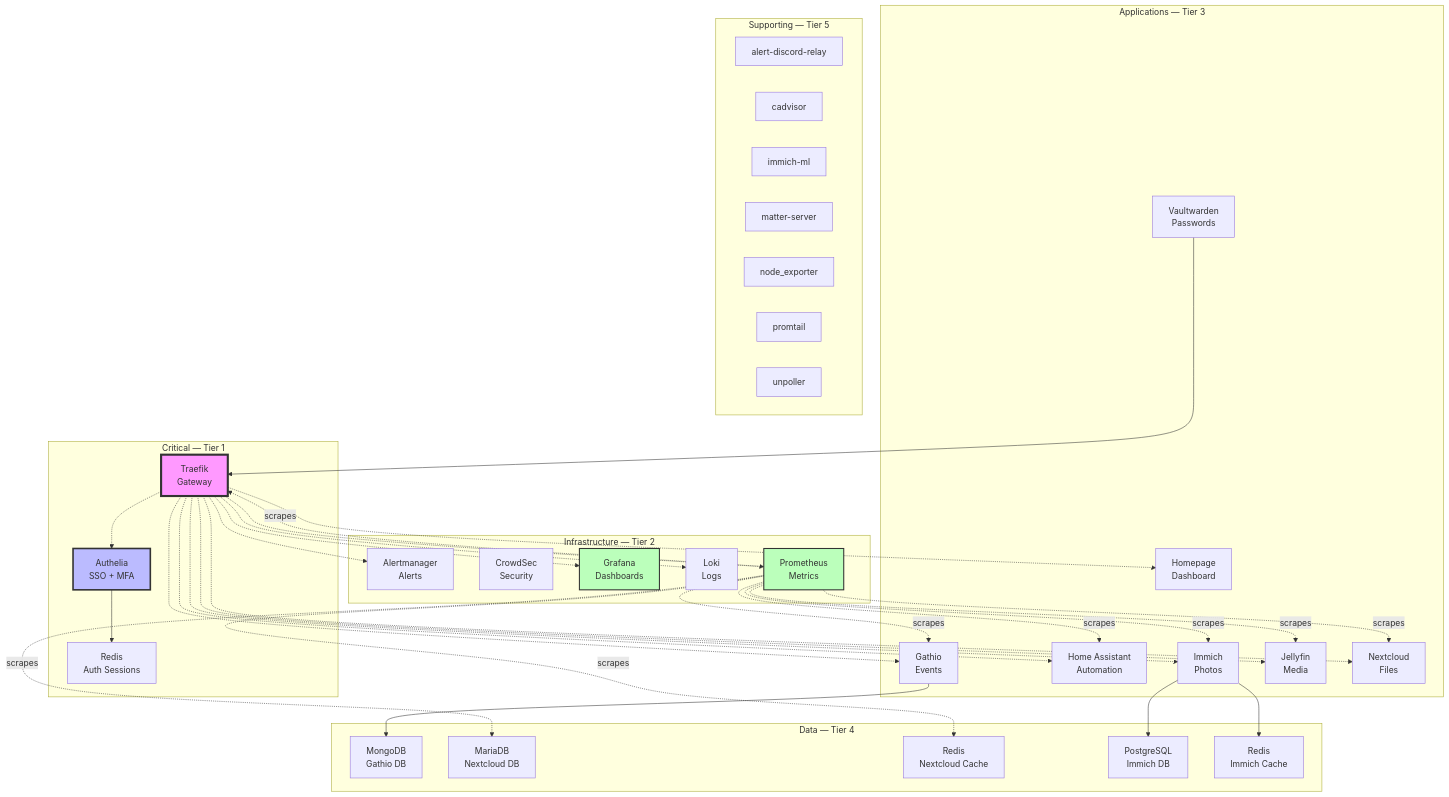
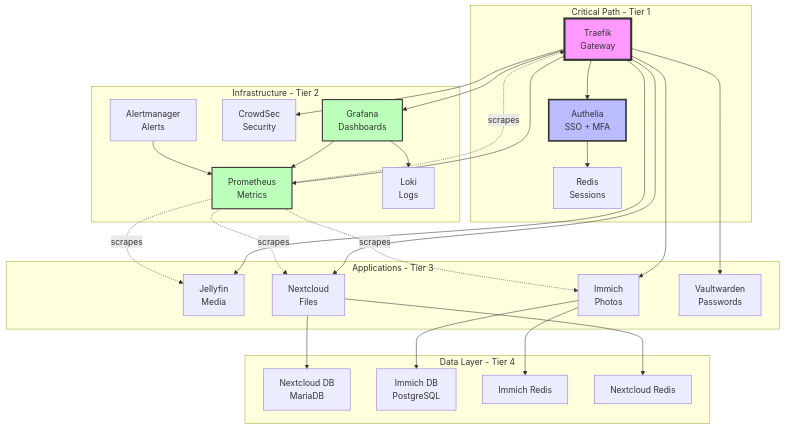
One commit to vonrobak/fedora-homelab-containers changed the diagram in docs/AUTO-DEPENDENCY-GRAPH.md. Above: the diagram before and after it, drawn with Mermaid. The commit also changed other lines of this file and 4 other files, not shown here.

First line of the commit message:
docs: community tool-sharing platform architecture evaluation (#93)

````diff
--- a/docs/AUTO-DEPENDENCY-GRAPH.md
+++ b/docs/AUTO-DEPENDENCY-GRAPH.md
@@ -12,80 +14,66 @@
 ```mermaid
 graph TB
-    subgraph Critical[Critical — Tier 1]
+    subgraph Critical[Critical Path - Tier 1]
+        traefik[Traefik<br/>Gateway]
         authelia[Authelia<br/>SSO + MFA]
-        redis_authelia[Redis<br/>Auth Sessions]
-        traefik[Traefik<br/>Gateway]
+        redis_authelia[Redis<br/>Sessions]
     end
 
-    subgraph Infrastructure[Infrastructure — Tier 2]
-        alertmanager[Alertmanager<br/>Alerts]
-        crowdsec[CrowdSec<br/>Security]
+    subgraph Infrastructure[Infrastructure - Tier 2]
+        prometheus[Prometheus<br/>Metrics]
         grafana[Grafana<br/>Dashboards]
         loki[Loki<br/>Logs]
-        prometheus[Prometheus<br/>Metrics]
+        crowdsec[CrowdSec<br/>Security]
+        alertmanager[Alertmanager<br/>Alerts]
     end
 
-    subgraph Applications[Applications — Tier 3]
-        gathio[Gathio<br/>Events]
-        home_assistant[Home Assistant<br/>Automation]
-        homepage[Homepage<br/>Dashboard]
-        immich_server[Immich<br/>Photos]
+    subgraph Applications[Applications - Tier 3]
         jellyfin[Jellyfin<br/>Media]
+        immich[Immich<br/>Photos]
         nextcloud[Nextcloud<br/>Files]
         vaultwarden[Vaultwarden<br/>Passwords]
     end
 
-    subgraph Data[Data — Tier 4]
-        gathio_db[MongoDB<br/>Gathio DB]
-        nextcloud_db[MariaDB<br/>Nextcloud DB]
-        nextcloud_redis[Redis<br/>Nextcloud Cache]
-        postgresql_immich[PostgreSQL<br/>Immich DB]
-        redis_immich[Redis<br/>Immich Cache]
+    subgraph Data[Data Layer - Tier 4]
+        nextcloud_db[Nextcloud DB<br/>MariaDB]
+        immich_db[Immich DB<br/>PostgreSQL]
+        immich_redis[Immich Redis]
+        nextcloud_redis[Nextcloud Redis]
     end
 
-    subgraph Supporting[Supporting — Tier 5]
-        alert_discord_relay[alert-discord-relay]
-        cadvisor[cadvisor]
-        immich_ml[immich-ml]
-        matter_server[matter-server]
-        node_exporter[node_exporter]
-        promtail[promtail]
-        unpoller[unpoller]
-    end
+    %% Critical path dependencies
+    traefik --> crowdsec
+    traefik --> authelia
+    authelia --> redis_authelia
 
-    %% Hard dependencies (from Requires= directives)
-    authelia --> redis_authelia
-    gathio --> gathio_db
-    immich_server --> postgresql_immich
-    immich_server --> redis_immich
-    vaultwarden --> traefik
+    %% Application → Gateway dependencies
+    traefik --> jellyfin
+    traefik --> immich
+    traefik --> nextcloud
+    traefik --> vaultwarden
+    traefik --> prometheus
+    traefik --> grafana
 
-    %% Routing dependencies (services in reverse_proxy depend on Traefik)
-    traefik -.-> alertmanager
-    traefik -.-> authelia
-    traefik -.-> gathio
-    traefik -.-> grafana
-    traefik -.-> home_assistant
-    traefik -.-> homepage
-    traefik -.-> immich_server
-    traefik -.-> jellyfin
-    traefik -.-> loki
-    traefik -.-> nextcloud
-    traefik -.-> prometheus
+    %% Application → Data dependencies
+    nextcloud --> nextcloud_db
+    nextcloud --> nextcloud_redis
+    immich --> immich_db
+    immich --> immich_redis
 
-    %% Monitoring (Prometheus scrapes via monitoring network)
-    prometheus -.->|scrapes| gathio
-    prometheus -.->|scrapes| home_assistant
-    prometheus -.->|scrapes| immich_server
+    %% Monitoring dependencies
+    grafana --> prometheus
+    grafana --> loki
+    alertmanager --> prometheus
+
+    %% Prometheus scrapes (dotted = soft dependency)
+    prometheus -.->|scrapes| traefik
     prometheus -.->|scrapes| jellyfin
+    prometheus -.->|scrapes| immich
     prometheus -.->|scrapes| nextcloud
-    prometheus -.->|scrapes| nextcloud_db
-    prometheus -.->|scrapes| nextcloud_redis
-    prometheus -.->|scrapes| traefik
 
     %% Styling
     style traefik fill:#f9f,stroke:#333,stroke-width:4px
     style authelia fill:#bbf,stroke:#333,stroke-width:3px
     style prometheus fill:#bfb,stroke:#333,stroke-width:2px
     style grafana fill:#bfb,stroke:#333,stroke-width:2px
 ```
````
